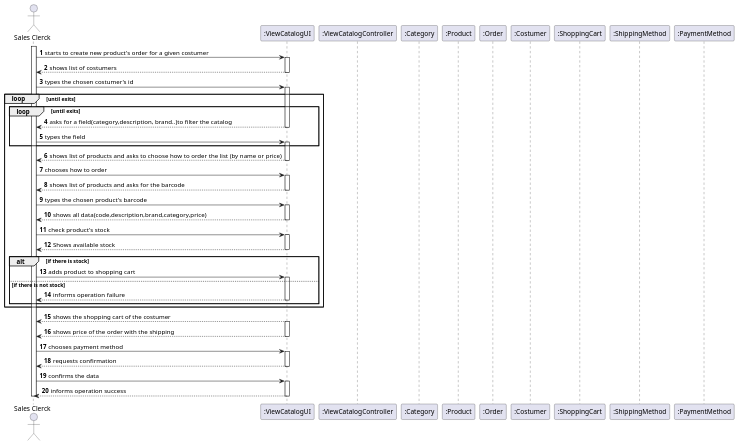
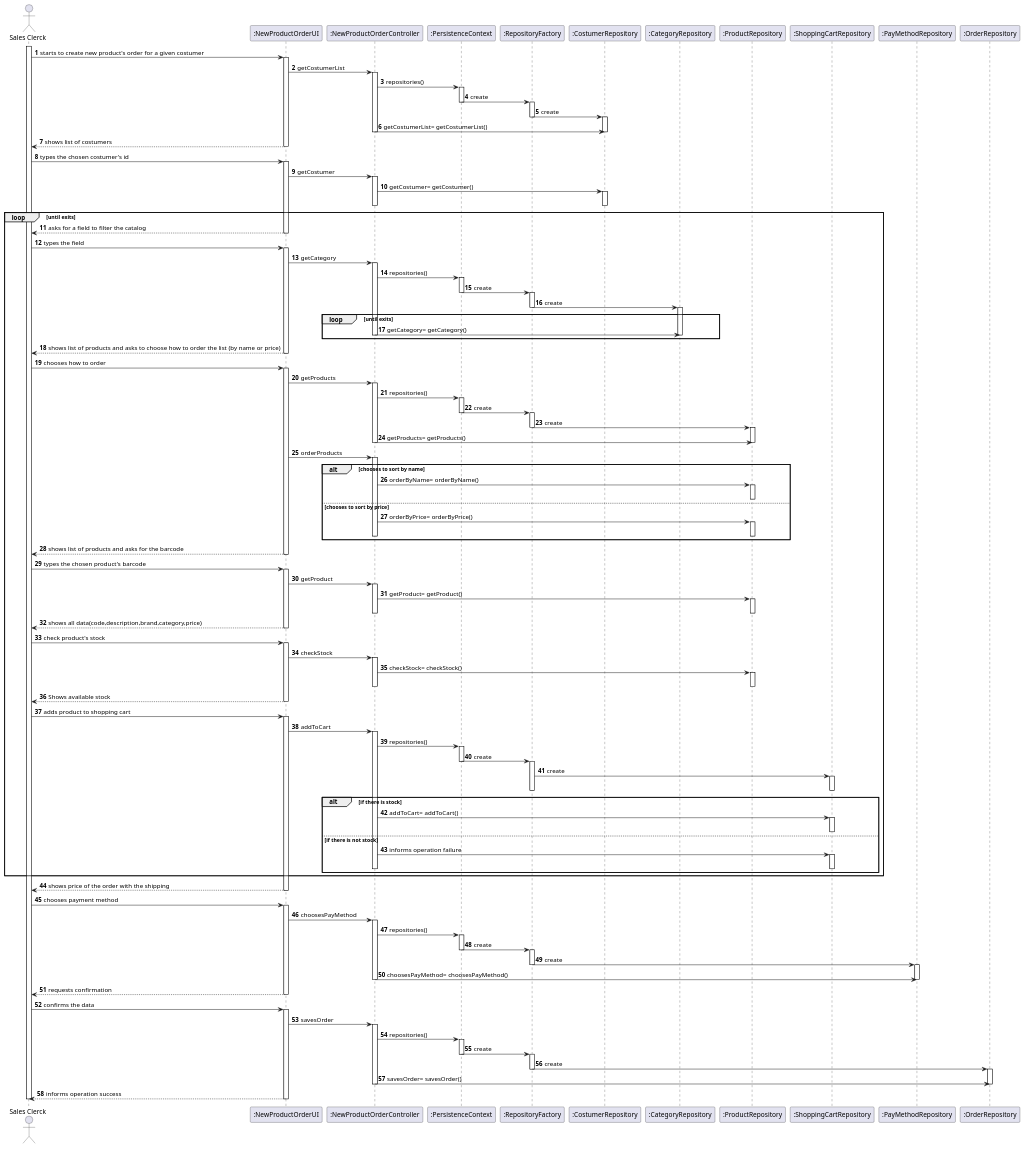
One commit to marttuga/LAPR4-SmartSystems changed the diagram in docs/Sprint2/US1004/US1004_SD.puml. Above: the diagram before and after it, drawn with PlantUML. The commit also changed 5 other files, not shown here.

```diff
--- a/docs/Sprint2/US1004/US1004_SD.puml
+++ b/docs/Sprint2/US1004/US1004_SD.puml
@@ -2,32 +2,80 @@
 autonumber
 'hide footbox
 actor "Sales Clerck" as SC
-participant ":ViewCatalogUI" as UI
-participant ":ViewCatalogController" as CTRL
-participant ":Category" as Categ
-participant ":Product" as Prod
-participant ":Order" as Order
-participant ":Costumer" as Costumer
-participant ":ShoppingCart" as ShopCa
-participant ":ShippingMethod" as SM
-participant ":PaymentMethod" as PM
+participant ":NewProductOrderUI" as UI
+participant ":NewProductOrderController" as CTRL
+participant ":PersistenceContext" as PC
+participant ":RepositoryFactory" as RF
+participant ":CostumerRepository" as CostRepo
+participant ":CategoryRepository" as CatRepo
+participant ":ProductRepository" as ProdRepo
+participant ":ShoppingCartRepository" as ShopRepo
+participant ":PayMethodRepository" as PayRepo
+participant ":OrderRepository" as OrdRepo
+
+
+
+
 activate SC
 
 SC -> UI : starts to create new product's order for a given costumer
 activate UI
 
+UI -> CTRL : getCostumerList
+activate CTRL
+CTRL -> PC : repositories()
+
+activate PC
+PC -> RF : create
+deactivate PC
+activate RF
+RF -> CostRepo : create
+deactivate RF
+activate CostRepo
+deactivate CostRepo
+CTRL -> CostRepo : getCostumerList= getCostumerList()
+deactivate CTRL
+deactivate CostRepo
 UI --> SC : shows list of costumers
+deactivate PC
 deactivate UI
 
 SC -> UI : types the chosen costumer's id
 activate UI
+
+UI -> CTRL : getCostumer
+activate CTRL
+CTRL -> CostRepo : getCostumer= getCostumer()
+activate CostRepo
+deactivate CTRL
+deactivate CostRepo
+
+
+
 loop until exits
-loop until exits
-UI --> SC : asks for a field(category,description, brand..)to filter the catalog
+
+UI --> SC : asks for a field to filter the catalog
 deactivate UI
-
 SC -> UI : types the field
 activate UI
+
+
+UI -> CTRL : getCategory
+activate CTRL
+CTRL -> PC : repositories()
+
+activate PC
+PC -> RF : create
+deactivate PC
+activate RF
+RF -> CatRepo : create
+deactivate RF
+activate CatRepo
+deactivate CatRepo
+loop until exits
+CTRL -> CatRepo : getCategory= getCategory()
+deactivate CTRL
+deactivate CatRepo
 
 end loop
 UI --> SC : shows list of products and asks to choose how to order the list (by name or price)
@@ -36,33 +84,100 @@
 SC -> UI : chooses how to order
 activate UI
 
+
+UI -> CTRL : getProducts
+activate CTRL
+CTRL -> PC : repositories()
+
+activate PC
+PC -> RF : create
+deactivate PC
+activate RF
+RF -> ProdRepo : create
+deactivate RF
+activate ProdRepo
+deactivate ProdRepo
+CTRL -> ProdRepo : getProducts= getProducts()
+deactivate CTRL
+deactivate ProdRepo
+
+UI -> CTRL : orderProducts
+activate CTRL
+
+alt chooses to sort by name
+CTRL -> ProdRepo : orderByName= orderByName()
+activate ProdRepo
+deactivate ProdRepo
+
+else chooses to sort by price
+CTRL -> ProdRepo : orderByPrice= orderByPrice()
+activate ProdRepo
+deactivate CTRL
+deactivate ProdRepo
+end
+
+
 UI --> SC : shows list of products and asks for the barcode
 deactivate UI
 
 SC -> UI : types the chosen product's barcode
 activate UI
 
+
+UI -> CTRL : getProduct
+activate CTRL
+CTRL -> ProdRepo : getProduct= getProduct()
+activate ProdRepo
+deactivate CTRL
+deactivate ProdRepo
+
 UI --> SC :shows all data(code,description,brand,category,price)
 deactivate UI
-
 SC -> UI : check product's stock
 activate UI
+
+UI -> CTRL : checkStock
+activate CTRL
+CTRL -> ProdRepo : checkStock= checkStock()
+activate ProdRepo
+deactivate CTRL
+deactivate ProdRepo
+
+
 UI --> SC : Shows available stock
 deactivate UI
 
-alt if there is stock
+
 SC -> UI : adds product to shopping cart
 activate UI
+
+
+UI -> CTRL : addToCart
+activate CTRL
+CTRL -> PC : repositories()
+
+activate PC
+PC -> RF : create
+deactivate PC
+activate RF
+RF -> ShopRepo : create
+activate ShopRepo
+deactivate RF
+deactivate ShopRepo
+
+alt if there is stock
+CTRL -> ShopRepo : addToCart= addToCart()
+activate ShopRepo
+deactivate ShopRepo
+
 else if there is not stock
-
-UI --> SC : informs operation failure
-deactivate UI
+CTRL -> ShopRepo : informs operation failure
+activate ShopRepo
+deactivate CTRL
+deactivate ShopRepo
 end
 
 end loop
-
-UI --> SC : shows the shopping cart of the costumer
-activate UI
 
 UI --> SC : shows price of the order with the shipping
 deactivate UI
@@ -71,11 +186,45 @@
 SC -> UI : chooses payment method
 activate UI
 
+
+UI -> CTRL : choosesPayMethod
+activate CTRL
+CTRL -> PC : repositories()
+
+activate PC
+PC -> RF : create
+deactivate PC
+activate RF
+RF -> PayRepo : create
+deactivate RF
+activate PayRepo
+deactivate PayRepo
+CTRL -> PayRepo : choosesPayMethod= choosesPayMethod()
+deactivate CTRL
+deactivate PayRepo
+
 UI --> SC : requests confirmation
+
 deactivate UI
 SC -> UI : confirms the data
+activate UI
 
-activate UI
+UI -> CTRL : savesOrder
+activate CTRL
+CTRL -> PC : repositories()
+
+activate PC
+PC -> RF : create
+deactivate PC
+activate RF
+RF -> OrdRepo : create
+deactivate RF
+activate OrdRepo
+deactivate OrdRepo
+CTRL -> OrdRepo : savesOrder= savesOrder()
+deactivate CTRL
+deactivate OrdRepo
+
 UI --> SC : informs operation success
 deactivate UI
 deactivate SC
```
